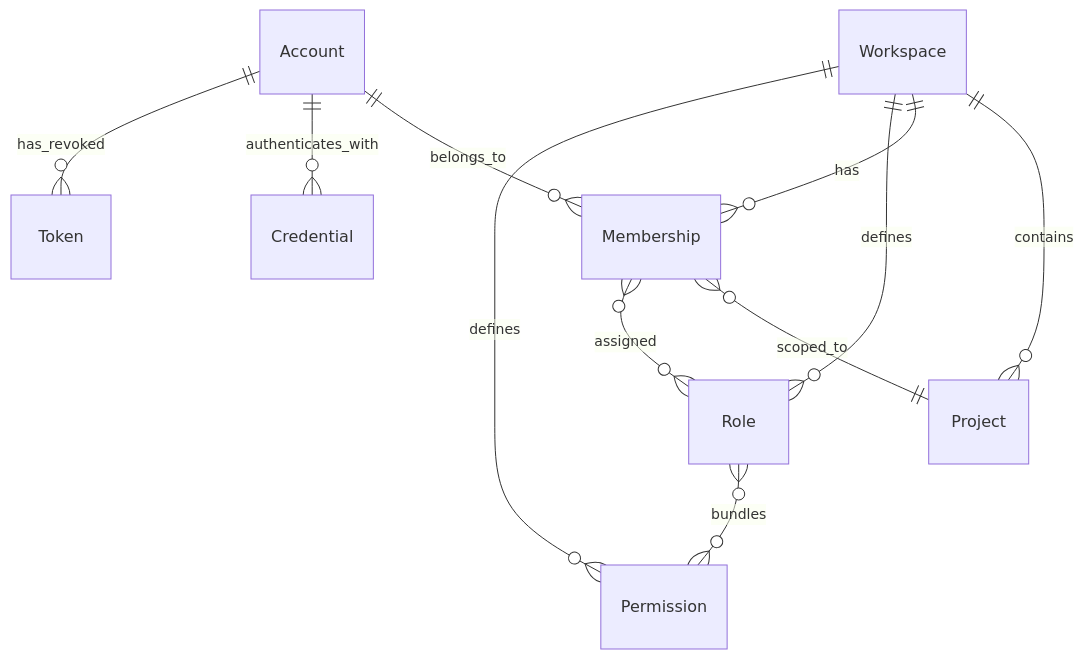
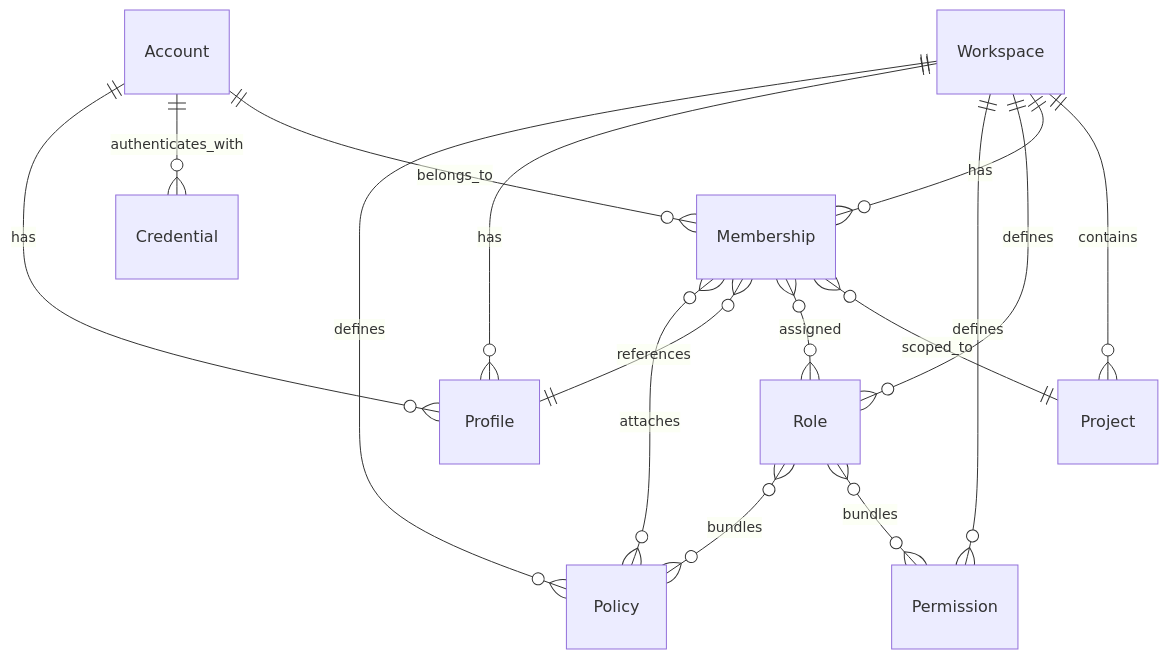
Before and after one commit to subaquatic-pierre/oxideauth-docs: the second of 2 diagrams in docs/index.md, drawn with Mermaid. The commit also changed other lines of this file and 6 other files, not shown here.

````diff
--- a/docs/index.md
+++ b/docs/index.md
@@ -49,13 +52,18 @@
 ```mermaid
 erDiagram
     Workspace ||--o{ Project : contains
     Workspace ||--o{ Membership : has
     Workspace ||--o{ Role : defines
     Workspace ||--o{ Permission : defines
     Account ||--o{ Membership : belongs_to
     Account ||--o{ Credential : authenticates_with
     Membership }o--|| Project : scoped_to
     Membership }o--o{ Role : assigned
     Role }o--o{ Permission : bundles
-    Account ||--o{ Token : has_revoked
+    Workspace ||--o{ Profile : has
+    Account ||--o{ Profile : has
+    Membership }o--|| Profile : references
+    Workspace ||--o{ Policy : defines
+    Role }o--o{ Policy : bundles
+    Membership }o--o{ Policy : attaches
 ```
````
